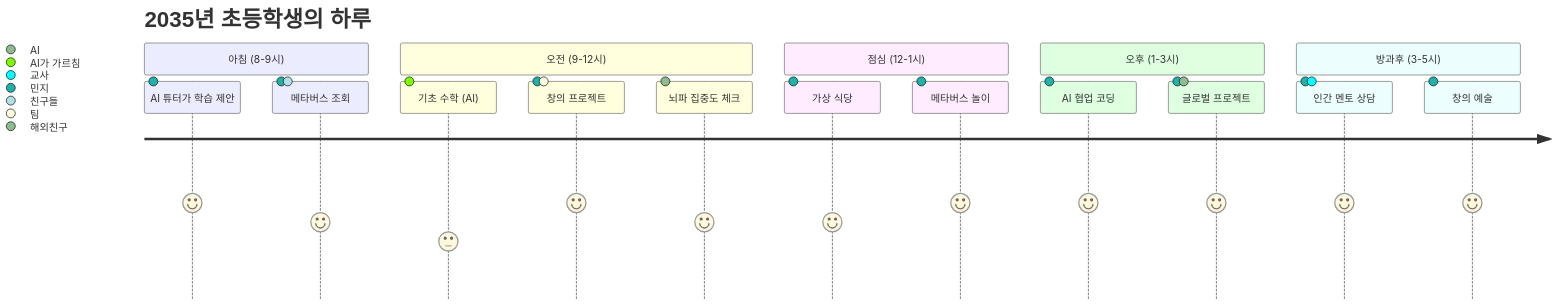
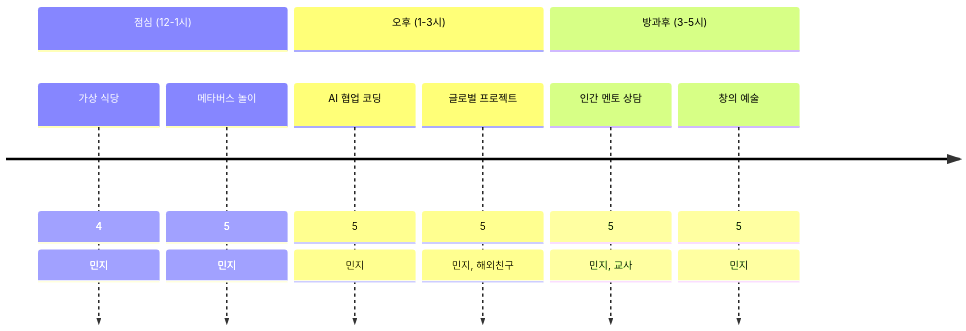
Before and after one commit to Collegenie-X/froebel: diagram 28 of 38 in 3단계-나이별_프뢰벨교육과_AI시대_종합가이드.md, drawn with Mermaid. The commit also changed other lines of this file and 5 other files, not shown here.

````diff
--- a/3단계-나이별_프뢰벨교육과_AI시대_종합가이드.md
+++ b/3단계-나이별_프뢰벨교육과_AI시대_종합가이드.md
@@ -1140,20 +1082,13 @@
 ```mermaid
-journey
-    title 2035년 초등학생의 하루
-    section 아침 (8-9시)
-      AI 튜터가 학습 제안: 5: 민지
-      메타버스 조회: 4: 민지, 친구들
-    section 오전 (9-12시)
-      기초 수학 (AI): 3: AI가 가르침
-      창의 프로젝트: 5: 민지, 팀
-      뇌파 집중도 체크: 4: AI
+timeline 
+
     section 점심 (12-1시)
       가상 식당: 4: 민지
       메타버스 놀이: 5: 민지
     section 오후 (1-3시)
       AI 협업 코딩: 5: 민지
       글로벌 프로젝트: 5: 민지, 해외친구
     section 방과후 (3-5시)
       인간 멘토 상담: 5: 민지, 교사
       창의 예술: 5: 민지
 ```
````
